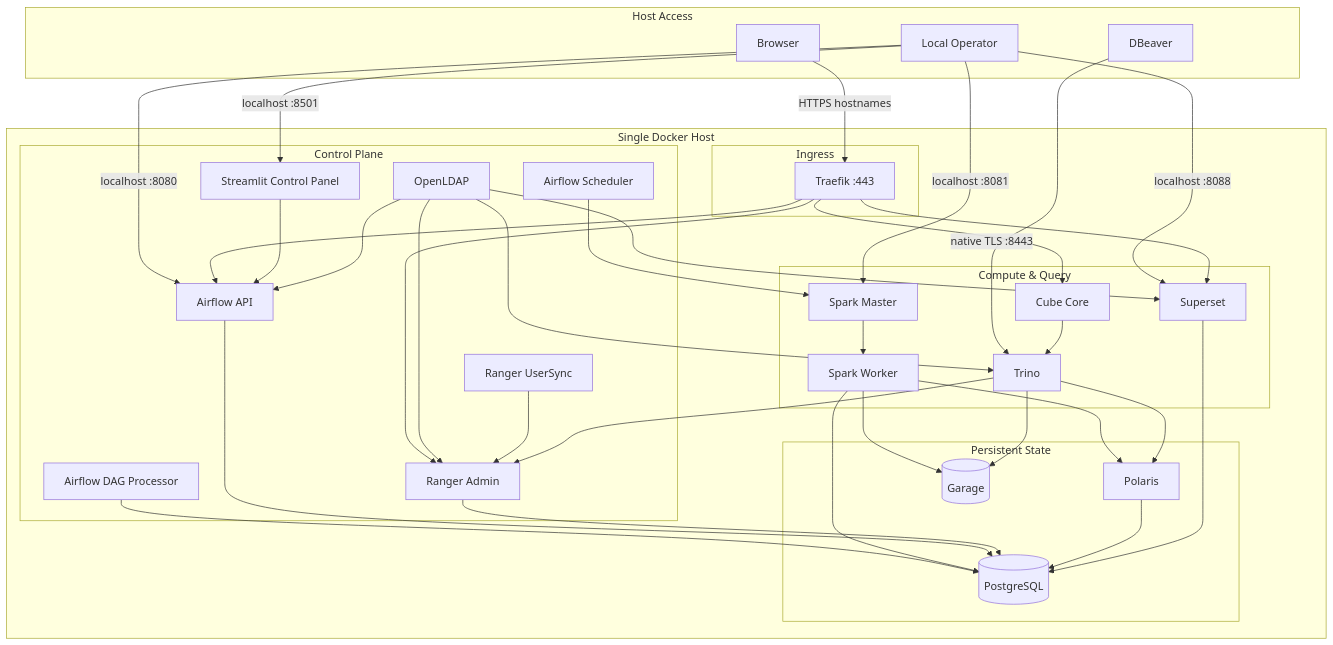
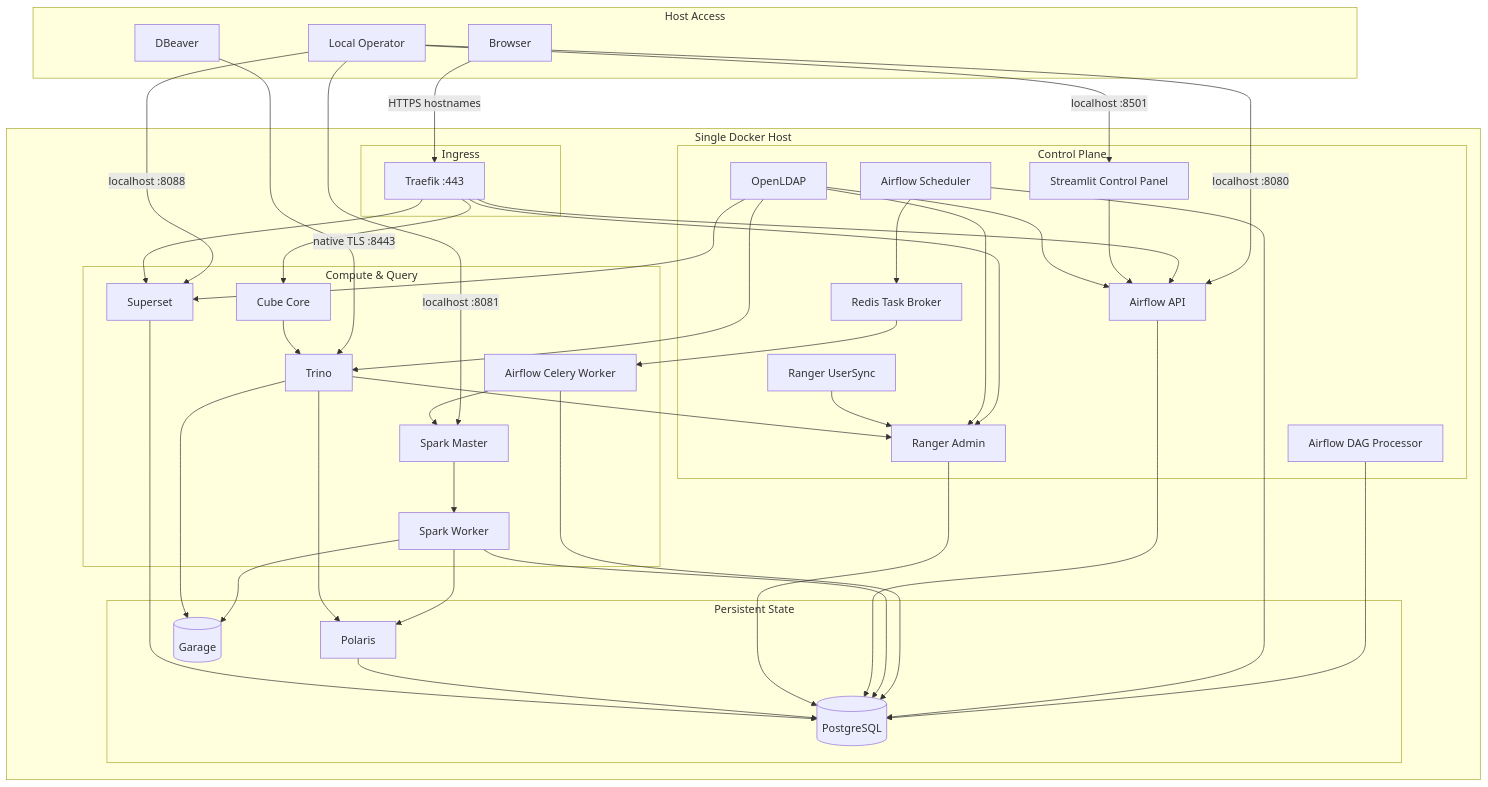
Before and after one commit to AlexHilberer/On-Prem-Data-Lakehouse: the diagram in docs/architecture.md, drawn with Mermaid. The commit also changed other lines of this file and 33 other files, not shown here.

````diff
--- a/docs/architecture.md
+++ b/docs/architecture.md
@@ -18,59 +18,63 @@
 ```mermaid
 flowchart TB
   subgraph Access["Host Access"]
     Browser["Browser"]
     Operator["Local Operator"]
     DBeaver["DBeaver"]
   end
 
   subgraph Host["Single Docker Host"]
     subgraph Edge["Ingress"]
       Traefik["Traefik :443"]
     end
 
     subgraph Control["Control Plane"]
       LDAP["OpenLDAP"]
       Ranger["Ranger Admin"]
       UserSync["Ranger UserSync"]
       AirflowAPI["Airflow API"]
       Scheduler["Airflow Scheduler"]
       DagProcessor["Airflow DAG Processor"]
+      Redis["Redis Task Broker"]
       ControlPanel["Streamlit Control Panel"]
     end
 
     subgraph Compute["Compute & Query"]
       SparkMaster["Spark Master"]
       SparkWorker["Spark Worker"]
+      AirflowWorker["Airflow Celery Worker"]
       Trino["Trino"]
       Cube["Cube Core"]
       Superset["Superset"]
     end
 
     subgraph State["Persistent State"]
       PostgreSQL[("PostgreSQL")]
       Polaris["Polaris"]
       Garage[("Garage")]
     end
   end
 
   Browser -->|HTTPS hostnames| Traefik
   Operator -->|localhost :8501| ControlPanel
   Operator -->|localhost :8080| AirflowAPI
   Operator -->|localhost :8081| SparkMaster
   Operator -->|localhost :8088| Superset
   DBeaver -->|native TLS :8443| Trino
   Traefik --> AirflowAPI & Ranger & Cube & Superset
   ControlPanel --> AirflowAPI
   LDAP --> AirflowAPI & Ranger & Superset & Trino
   UserSync --> Ranger
   DagProcessor --> PostgreSQL
-  Scheduler --> SparkMaster
+  Scheduler --> Redis --> AirflowWorker
+  Scheduler --> PostgreSQL
+  AirflowWorker --> PostgreSQL & SparkMaster
   SparkMaster --> SparkWorker
   SparkWorker --> PostgreSQL & Polaris & Garage
   Cube --> Trino
   Trino --> Ranger & Polaris & Garage
   AirflowAPI --> PostgreSQL
   Ranger --> PostgreSQL
   Polaris --> PostgreSQL
   Superset --> PostgreSQL
 ```
````
